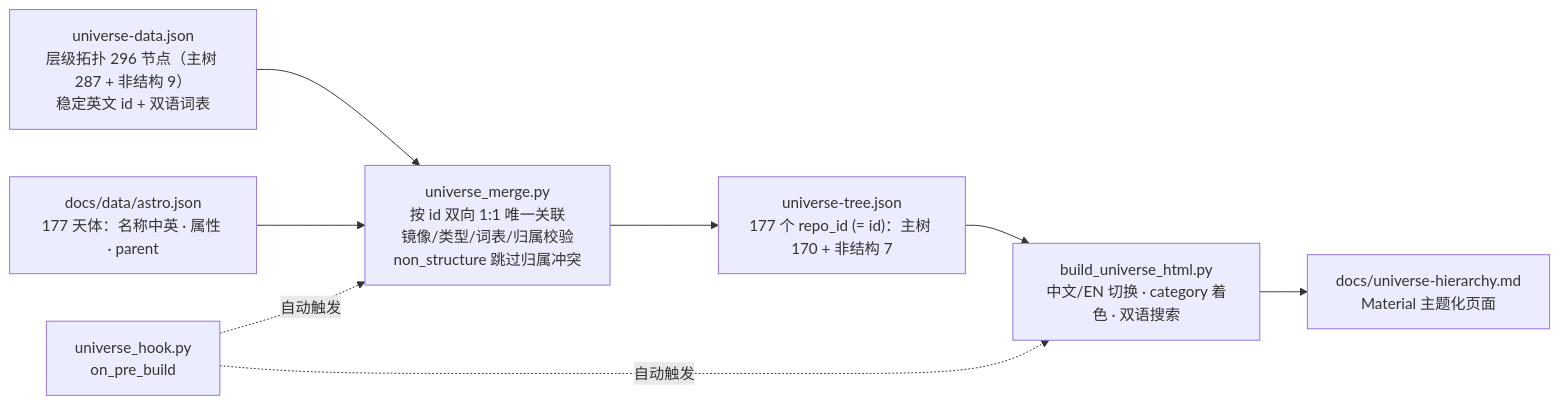
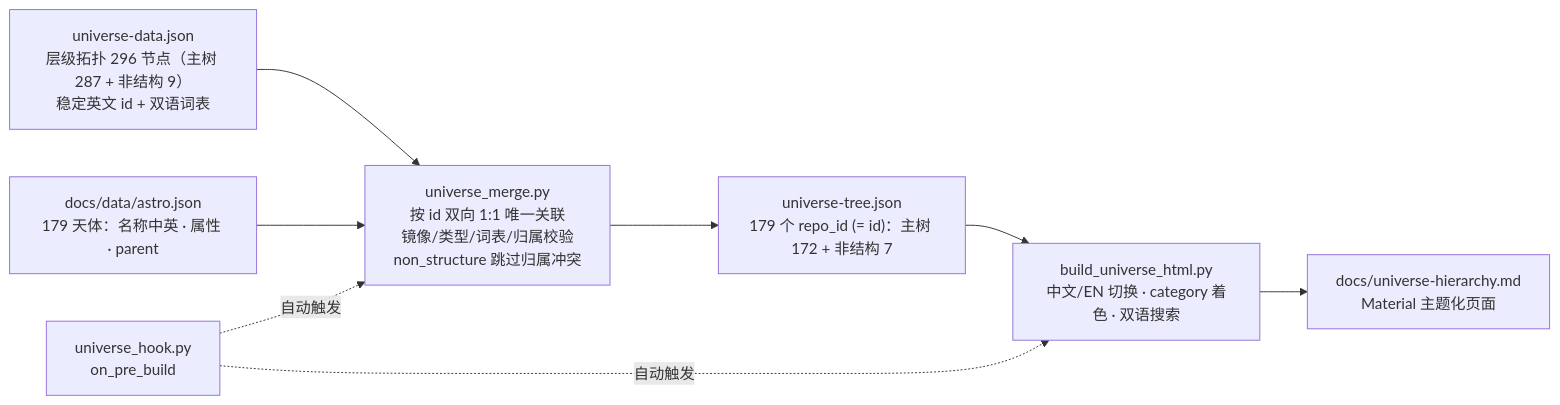
Before and after one commit to yufengwolf/astro-blog: the sixth of 9 diagrams in 维护指南.md, drawn with Mermaid. The commit also changed other lines of this file and 196 other files, not shown here.

````diff
--- a/维护指南.md
+++ b/维护指南.md
@@ -569,10 +569,10 @@
 ```mermaid
 flowchart LR
     UD["universe-data.json<br/>层级拓扑 296 节点（主树 287 + 非结构 9）<br/>稳定英文 id + 双语词表"] --> M["universe_merge.py<br/>按 id 双向 1:1 唯一关联<br/>镜像/类型/词表/归属校验<br/>non_structure 跳过归属冲突"]
-    AS["docs/data/astro.json<br/>177 天体：名称中英 · 属性 · parent"] --> M
-    M --> UT["universe-tree.json<br/>177 个 repo_id (= id)：主树 170 + 非结构 7"]
+    AS["docs/data/astro.json<br/>179 天体：名称中英 · 属性 · parent"] --> M
+    M --> UT["universe-tree.json<br/>179 个 repo_id (= id)：主树 172 + 非结构 7"]
     UT --> B["build_universe_html.py<br/>中文/EN 切换 · category 着色 · 双语搜索"]
     B --> PG["docs/universe-hierarchy.md<br/>Material 主题化页面"]
     H["universe_hook.py<br/>on_pre_build"] -. 自动触发 .-> M
     H -. 自动触发 .-> B
 ```
````
